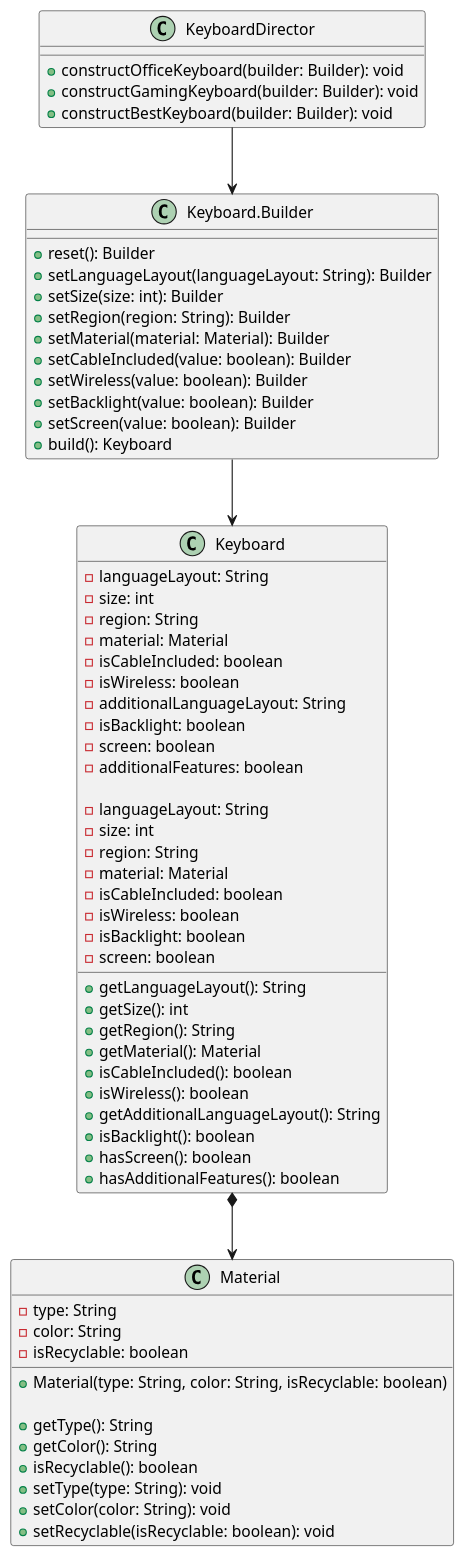
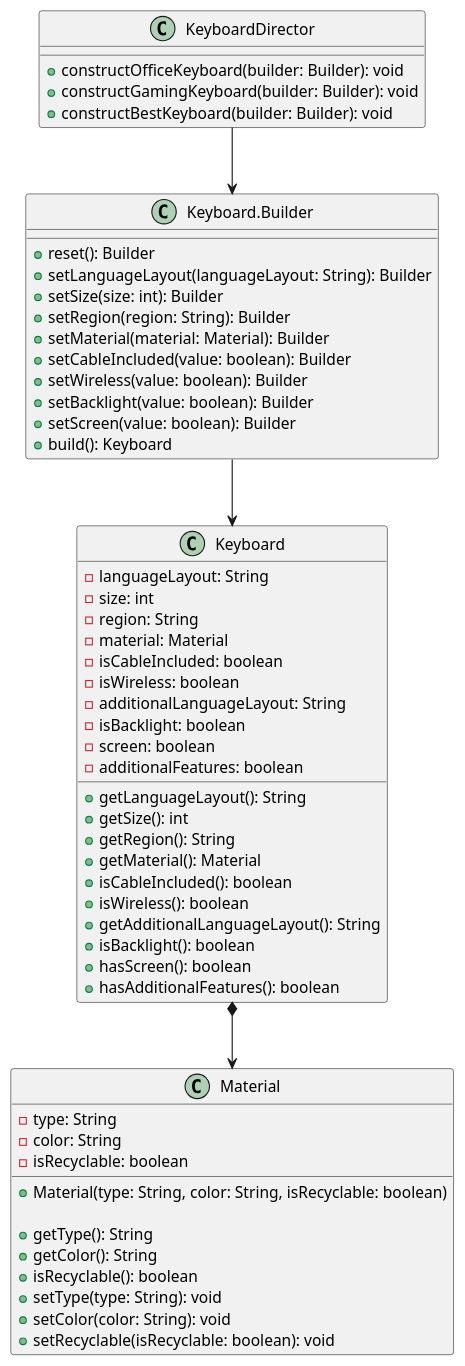
One commit to SaveXanthous/SDP-Assignment-1 changed the diagram in docs/UML.pu. Above: the diagram before and after it, drawn with PlantUML. The commit also changed 2 other files, not shown here.

```diff
--- a/docs/UML.pu
+++ b/docs/UML.pu
@@ -1,85 +1,75 @@
 @startuml
 
 class Keyboard {
     - languageLayout: String
     - size: int
     - region: String
     - material: Material
     - isCableIncluded: boolean
     - isWireless: boolean
     - additionalLanguageLayout: String
     - isBacklight: boolean
     - screen: boolean
     - additionalFeatures: boolean
 
     + getLanguageLayout(): String
     + getSize(): int
     + getRegion(): String
     + getMaterial(): Material
     + isCableIncluded(): boolean
     + isWireless(): boolean
     + getAdditionalLanguageLayout(): String
     + isBacklight(): boolean
     + hasScreen(): boolean
     + hasAdditionalFeatures(): boolean
 }
 
 
 
 
 class Material {
     - type: String
     - color: String
     - isRecyclable: boolean
 
     + Material(type: String, color: String, isRecyclable: boolean)
 
     + getType(): String
     + getColor(): String
     + isRecyclable(): boolean
     + setType(type: String): void
     + setColor(color: String): void
     + setRecyclable(isRecyclable: boolean): void
 }
 
-class Keyboard {
-    - languageLayout: String
-    - size: int
-    - region: String
-    - material: Material
-    - isCableIncluded: boolean
-    - isWireless: boolean
-    - isBacklight: boolean
-    - screen: boolean
-}
 
 class "Keyboard.Builder" as Builder {
     + reset(): Builder
     + setLanguageLayout(languageLayout: String): Builder
     + setSize(size: int): Builder
     + setRegion(region: String): Builder
     + setMaterial(material: Material): Builder
     + setCableIncluded(value: boolean): Builder
     + setWireless(value: boolean): Builder
     + setBacklight(value: boolean): Builder
     + setScreen(value: boolean): Builder
     + build(): Keyboard
 }
 
 class KeyboardDirector {
     + constructOfficeKeyboard(builder: Builder): void
     + constructGamingKeyboard(builder: Builder): void
     + constructBestKeyboard(builder: Builder): void
 }
 
 
 
 class Material{
 
 }
 
 Keyboard *--> Material
 KeyboardDirector --> Builder
 Builder --> Keyboard
 
 @enduml
```
